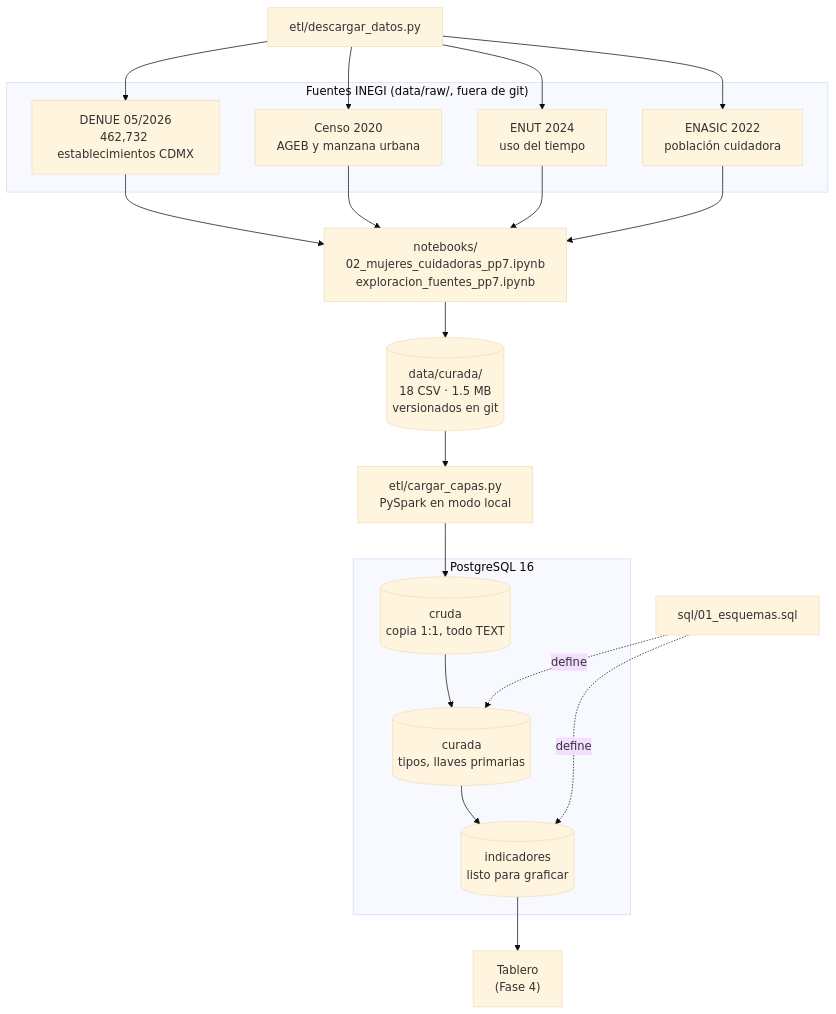
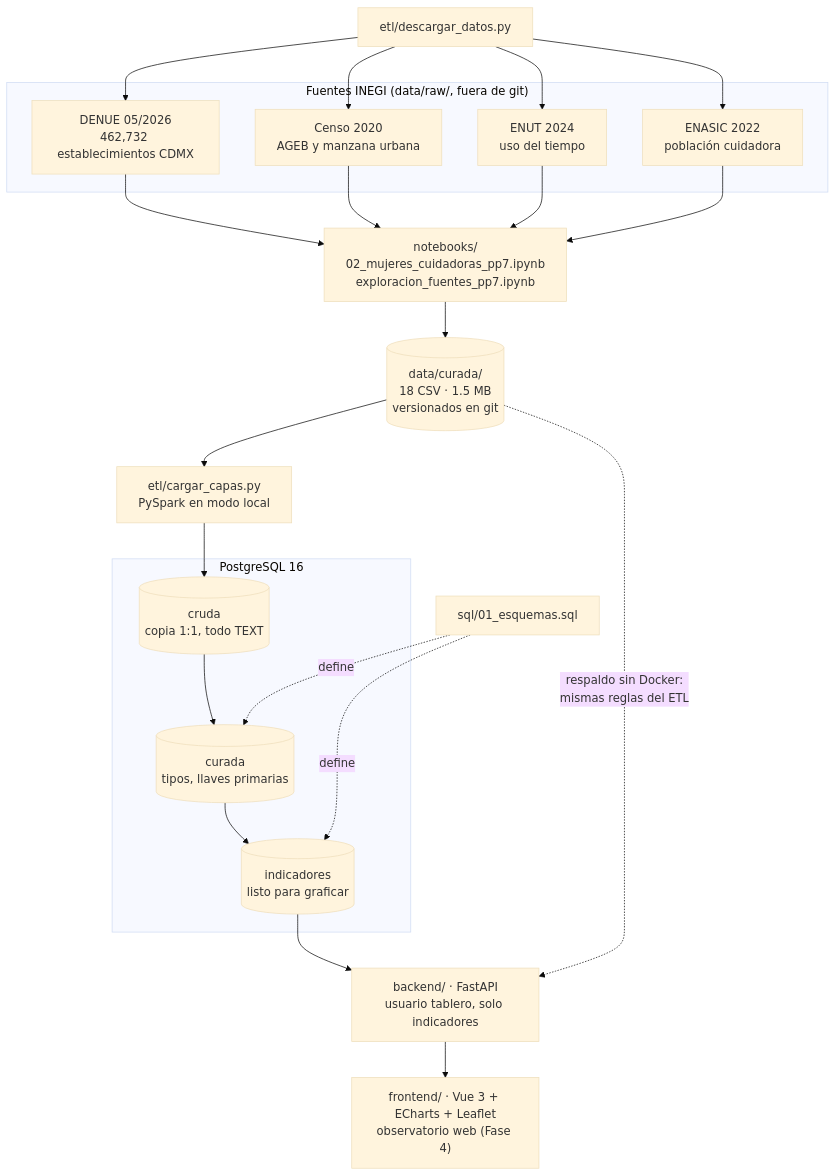
Before and after one commit to dead-can-dance/observatorio-economia-cuidado-cdmx: the diagram in README.md, drawn with Mermaid (base theme). The commit also changed other lines of this file and 54 other files, not shown here.

First line of the commit message:
Agrega el observatorio web: API en FastAPI y página en Vue

````diff
--- a/README.md
+++ b/README.md
@@ -27,33 +33,36 @@
 ```mermaid
 flowchart TD
     subgraph fuentes["Fuentes INEGI (data/raw/, fuera de git)"]
         D["DENUE 05/2026<br/>462,732 establecimientos CDMX"]
         C["Censo 2020<br/>AGEB y manzana urbana"]
         E["ENUT 2024<br/>uso del tiempo"]
         A["ENASIC 2022<br/>población cuidadora"]
     end
 
     DESC["etl/descargar_datos.py"]
     NB["notebooks/<br/>02_mujeres_cuidadoras_pp7.ipynb<br/>exploracion_fuentes_pp7.ipynb"]
     CUR[("data/curada/<br/>18 CSV · 1.5 MB<br/>versionados en git")]
     SPARK["etl/cargar_capas.py<br/>PySpark en modo local"]
 
     subgraph pg["PostgreSQL 16"]
         SCRUDA[("cruda<br/>copia 1:1, todo TEXT")]
         SCURADA[("curada<br/>tipos, llaves primarias")]
         SIND[("indicadores<br/>listo para graficar")]
     end
 
-    DASH["Tablero<br/>(Fase 4)"]
+    API["backend/ · FastAPI<br/>usuario tablero, solo indicadores"]
+    WEB["frontend/ · Vue 3 + ECharts + Leaflet<br/>observatorio web (Fase 4)"]
 
     DESC --> D & C & E & A
     D & C & E & A --> NB
     NB --> CUR
     CUR --> SPARK
     SPARK --> SCRUDA
     SCRUDA --> SCURADA
     SCURADA --> SIND
-    SIND --> DASH
+    SIND --> API
+    CUR -.respaldo sin Docker:<br/>mismas reglas del ETL.-> API
+    API --> WEB
 
     SQLDDL["sql/01_esquemas.sql"] -.define.-> SCURADA & SIND
 ```
````
